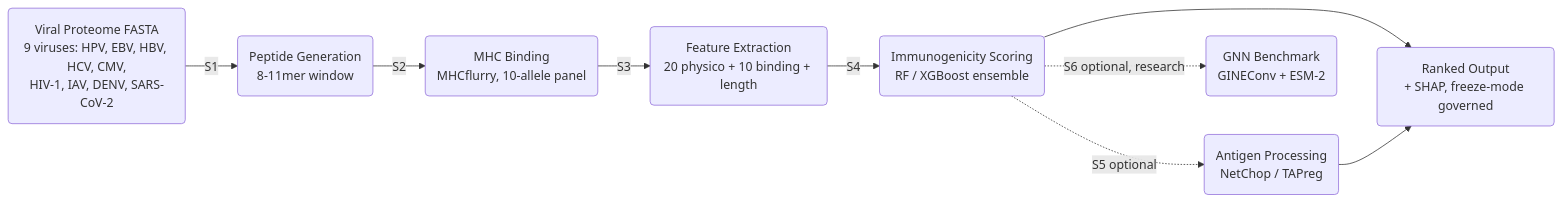
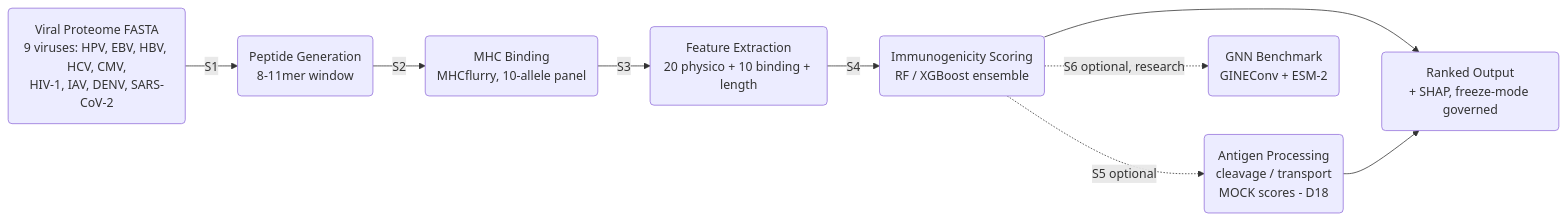
The second of 2 diagrams in ARCHITECTURE.md (Gavin-Borges/SESTRAV), drawn with Mermaid before and after one commit. The commit also changed other lines of this file and 14 other files, not shown here.

````diff
--- a/ARCHITECTURE.md
+++ b/ARCHITECTURE.md
@@ -105,11 +105,11 @@
 ```mermaid
 graph LR
     A("Viral Proteome FASTA<br/>9 viruses: HPV, EBV, HBV, HCV, CMV,<br/>HIV-1, IAV, DENV, SARS-CoV-2") -->|S1| B("Peptide Generation<br/>8-11mer window")
     B -->|S2| C("MHC Binding<br/>MHCflurry, 10-allele panel")
     C -->|S3| D("Feature Extraction<br/>20 physico + 10 binding + length")
     D -->|S4| E("Immunogenicity Scoring<br/>RF / XGBoost ensemble")
-    E -.->|S5 optional| F("Antigen Processing<br/>NetChop / TAPreg")
+    E -.->|S5 optional| F("Antigen Processing<br/>cleavage / transport<br/>MOCK scores - D18")
     E -.->|S6 optional, research| G("GNN Benchmark<br/>GINEConv + ESM-2")
     E --> H("Ranked Output<br/>+ SHAP, freeze-mode governed")
     F --> H
 ```
````
